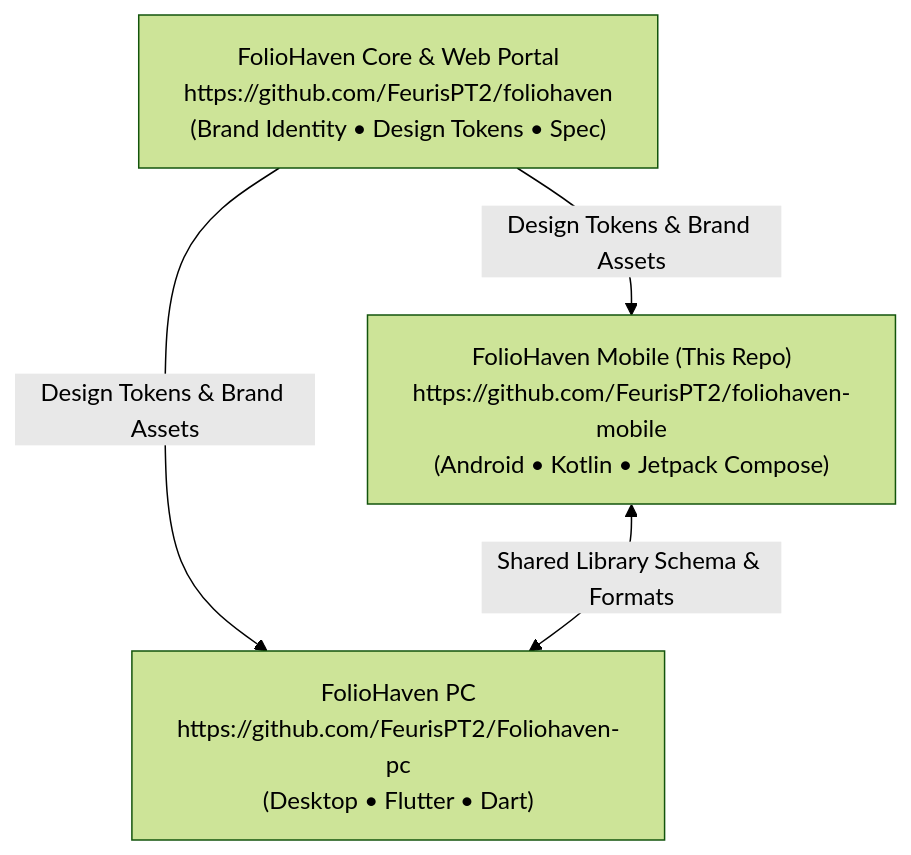
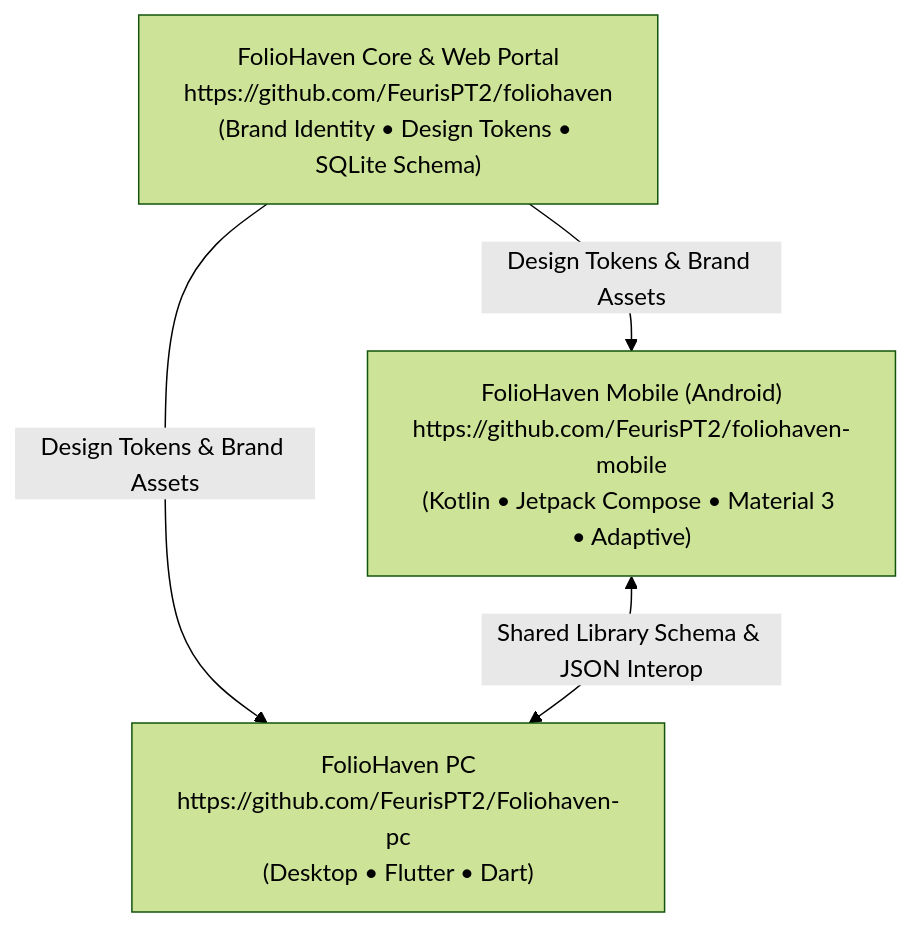
The diagram in docs/README.md (FeurisPT2/foliohaven-mobile), drawn with Mermaid (forest theme) before and after one commit. The commit also changed other lines of this file and 6 other files, not shown here.

Commit message:
docs: update architecture, roadmap, design tokens, and README to reflect v1.0.0 features

````diff
--- a/docs/README.md
+++ b/docs/README.md
@@ -23,11 +23,11 @@
 ```mermaid
 flowchart TD
-    Upstream["FolioHaven Core & Web Portal<br/>https://github.com/FeurisPT2/foliohaven<br/>(Brand Identity • Design Tokens • Spec)"]
+    Upstream["FolioHaven Core & Web Portal<br/>https://github.com/FeurisPT2/foliohaven<br/>(Brand Identity • Design Tokens • SQLite Schema)"]
     
-    Mobile["FolioHaven Mobile (This Repo)<br/>https://github.com/FeurisPT2/foliohaven-mobile<br/>(Android • Kotlin • Jetpack Compose)"]
+    Mobile["FolioHaven Mobile (Android)<br/>https://github.com/FeurisPT2/foliohaven-mobile<br/>(Kotlin • Jetpack Compose • Material 3 • Adaptive)"]
     Desktop["FolioHaven PC<br/>https://github.com/FeurisPT2/Foliohaven-pc<br/>(Desktop • Flutter • Dart)"]
 
     Upstream -->|"Design Tokens & Brand Assets"| Mobile
     Upstream -->|"Design Tokens & Brand Assets"| Desktop
-    Mobile <-->|"Shared Library Schema & Formats"| Desktop
+    Mobile <-->|"Shared Library Schema & JSON Interop"| Desktop
 ```
````
